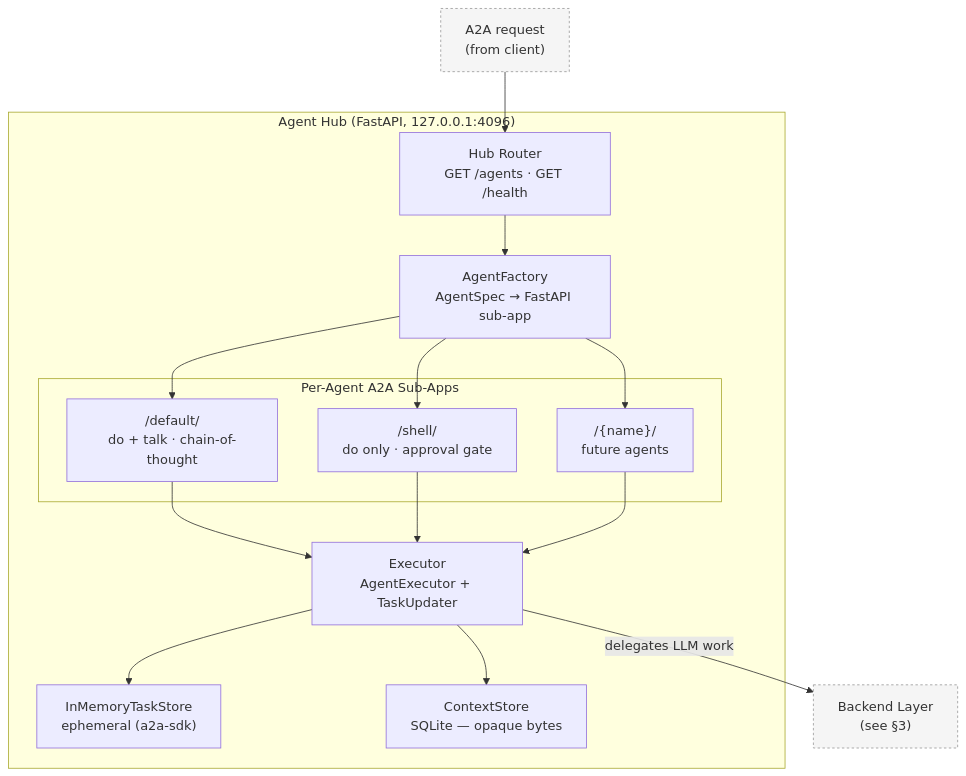
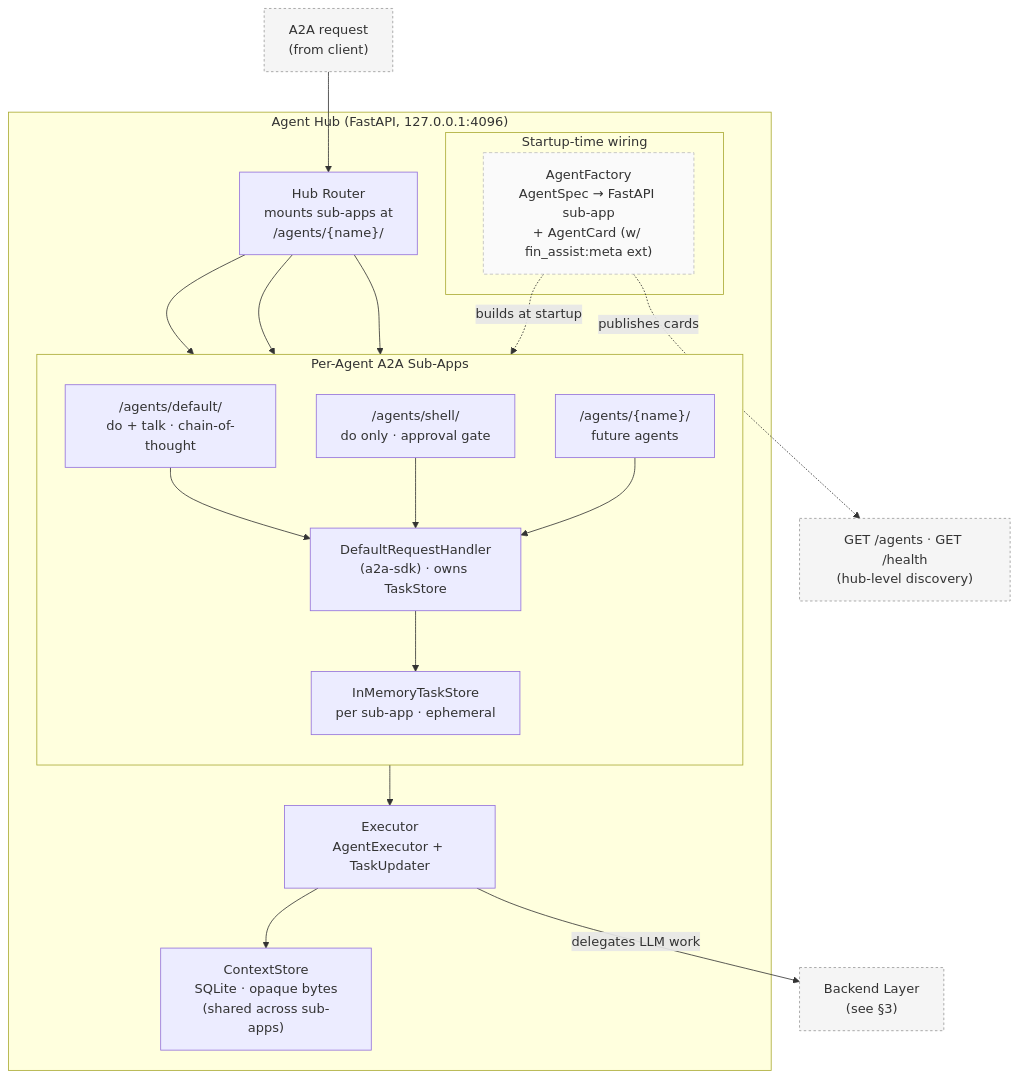
One commit to ColeB1722/fin-assist changed the second of 4 diagrams in README.md. Above: the diagram before and after it, drawn with Mermaid. The commit also changed other lines of this file and 1 other file, not shown here.

First line of the commit message:
docs: align README diagrams and architecture.md with current code

````diff
--- a/README.md
+++ b/README.md
@@ -42,32 +42,43 @@
 ```mermaid
 graph TD
     IN["A2A request<br/>(from client)"]
+    DISC["GET /agents · GET /health<br/>(hub-level discovery)"]
 
     subgraph HUB_PROC["Agent Hub (FastAPI, 127.0.0.1:4096)"]
-        HUB["Hub Router<br/>GET /agents · GET /health"]
-        FACTORY["AgentFactory<br/>AgentSpec → FastAPI sub-app"]
+        HUB["Hub Router<br/>mounts sub-apps at<br/>/agents/&lcub;name&rcub;/"]
 
-        subgraph "Per-Agent A2A Sub-Apps"
-            D["/default/<br/>do + talk · chain-of-thought"]
-            S["/shell/<br/>do only · approval gate"]
-            F["/{name}/<br/>future agents"]
+        subgraph FACTORY_GRP["Startup-time wiring"]
+            FACTORY["AgentFactory<br/>AgentSpec → FastAPI sub-app<br/>+ AgentCard (w/ fin_assist:meta ext)"]
+        end
+
+        subgraph SUBAPPS["Per-Agent A2A Sub-Apps"]
+            direction TB
+            D["/agents/default/<br/>do + talk · chain-of-thought"]
+            S["/agents/shell/<br/>do only · approval gate"]
+            F["/agents/&lcub;name&rcub;/<br/>future agents"]
+            DRH["DefaultRequestHandler<br/>(a2a-sdk) · owns TaskStore"]
+            TS["InMemoryTaskStore<br/>per sub-app · ephemeral"]
         end
 
         EXEC["Executor<br/>AgentExecutor + TaskUpdater"]
-        TS["InMemoryTaskStore<br/>ephemeral (a2a-sdk)"]
-        CS["ContextStore<br/>SQLite — opaque bytes"]
+        CS["ContextStore<br/>SQLite · opaque bytes<br/>(shared across sub-apps)"]
     end
 
     BACKEND["Backend Layer<br/>(see §3)"]
 
     IN --> HUB
-    HUB --> FACTORY
-    FACTORY --> D & S & F
-    D & S & F --> EXEC
-    EXEC --> TS
+    HUB --> D & S & F
+    D & S & F --> DRH
+    DRH --> TS
+    DRH --> EXEC
     EXEC --> CS
     EXEC -->|"delegates LLM work"| BACKEND
 
+    FACTORY -.->|"builds at startup"| SUBAPPS
+    FACTORY -.->|"publishes cards"| DISC
+
     classDef external fill:#f5f5f5,stroke:#999,stroke-dasharray: 3 3
-    class IN,BACKEND external
+    class IN,BACKEND,DISC external
+    classDef startup fill:#fafafa,stroke:#bbb,stroke-dasharray: 4 3
+    class FACTORY startup
 ```
````
